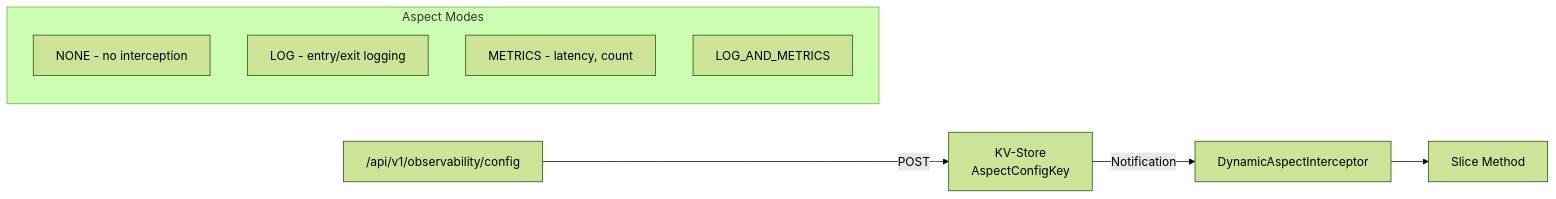
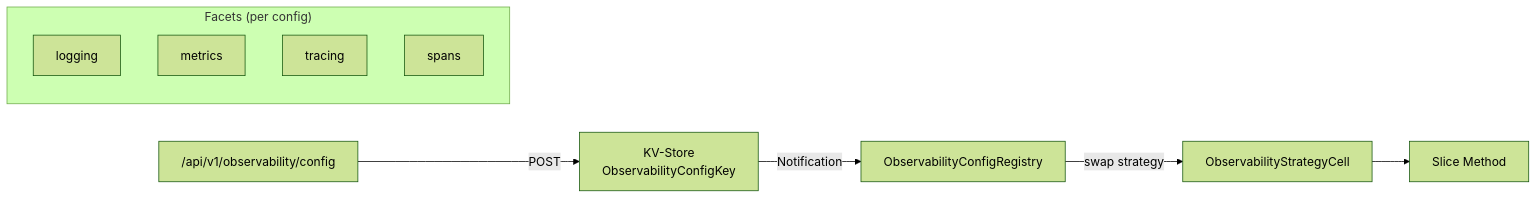
One commit to pragmaticalabs/pragmatica changed the third of 4 diagrams in aether/docs/architecture/07-observability.md. Above: the diagram before and after it, drawn with Mermaid (forest theme). The commit also changed other lines of this file and 20 other files, not shown here.

Commit message:
docs: remove retired Aspect<T> factory parameter and DynamicAspect system from slice and observability docs

````diff
--- a/aether/docs/architecture/07-observability.md
+++ b/aether/docs/architecture/07-observability.md
@@ -109,13 +109,14 @@
 ```mermaid
 graph LR
-    API["/api/v1/observability/config"] -->|"POST"| KV["KV-Store<br/>AspectConfigKey"]
-    KV -->|"Notification"| DAI["DynamicAspectInterceptor"]
-    DAI --> Slice["Slice Method"]
+    API["/api/v1/observability/config"] -->|"POST"| KV["KV-Store<br/>ObservabilityConfigKey"]
+    KV -->|"Notification"| REG["ObservabilityConfigRegistry"]
+    REG -->|"swap strategy"| OSC["ObservabilityStrategyCell"]
+    OSC --> Slice["Slice Method"]
 
-    subgraph Modes["Aspect Modes"]
-        NONE["NONE - no interception"]
-        LOG["LOG - entry/exit logging"]
-        METRICS["METRICS - latency, count"]
-        BOTH["LOG_AND_METRICS"]
+    subgraph Facets["Facets (per config)"]
+        LOG["logging"]
+        MET["metrics"]
+        TR["tracing"]
+        SP["spans"]
     end
 ```
````
